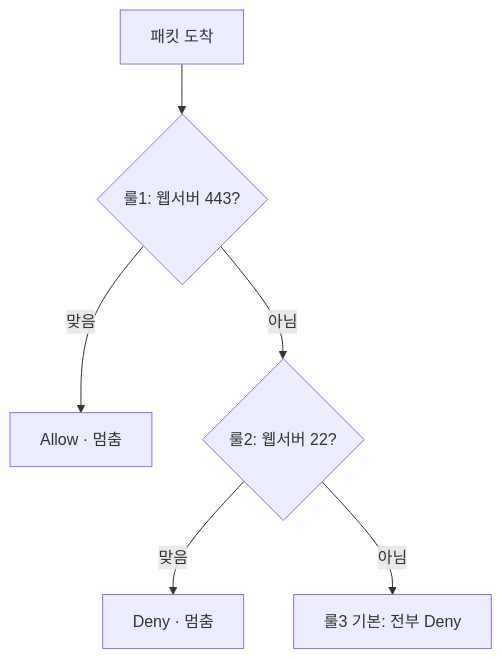
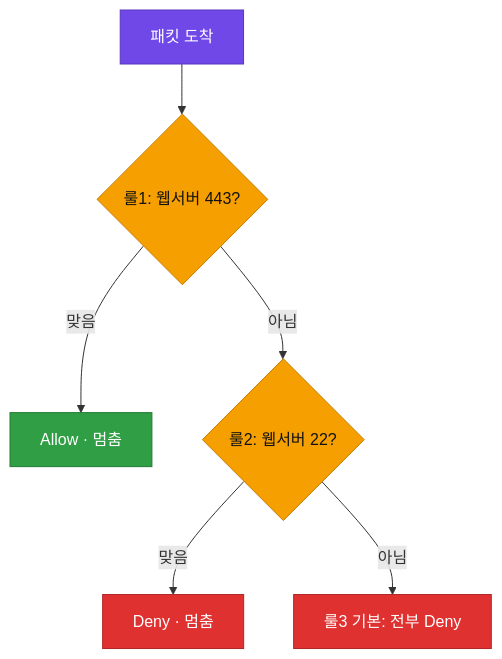
One commit to welovecherry/jm-teaching-material changed the diagram in 26-09-ai-security-automation-bootcamp/05-instructor-prep/docs/subject-2-network-zt/day04/lecture2.md. Above: the diagram before and after it, drawn with Mermaid. The commit also changed 7 other files, not shown here.

First line of the commit message:
feat: Mermaid 컬러화(역할별 색) + 다이어그램 5개 추가 + 어려운 퀴즈 3종 데모

````diff
--- a/26-09-ai-security-automation-bootcamp/05-instructor-prep/docs/subject-2-network-zt/day04/lecture2.md
+++ b/26-09-ai-security-automation-bootcamp/05-instructor-prep/docs/subject-2-network-zt/day04/lecture2.md
@@ -61,8 +61,16 @@
 ```mermaid
 flowchart TD
     P[패킷 도착] --> R1{룰1: 웹서버 443?}
     R1 -->|맞음| A1[Allow · 멈춤]
     R1 -->|아님| R2{룰2: 웹서버 22?}
     R2 -->|맞음| A2[Deny · 멈춤]
     R2 -->|아님| R3[룰3 기본: 전부 Deny]
+    classDef step fill:#7048e8,stroke:#5a37c0,color:#fff
+    classDef dec fill:#f59f00,stroke:#c67c00,color:#111
+    classDef allow fill:#2f9e44,stroke:#237a35,color:#fff
+    classDef deny fill:#e03131,stroke:#b02525,color:#fff
+    class P step
+    class R1,R2 dec
+    class A1 allow
+    class A2,R3 deny
 ```
````
